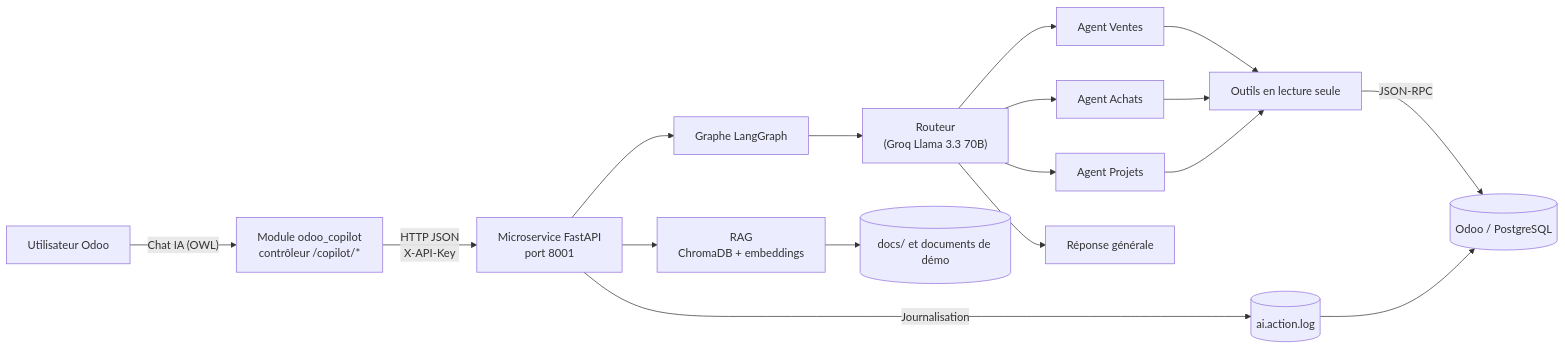
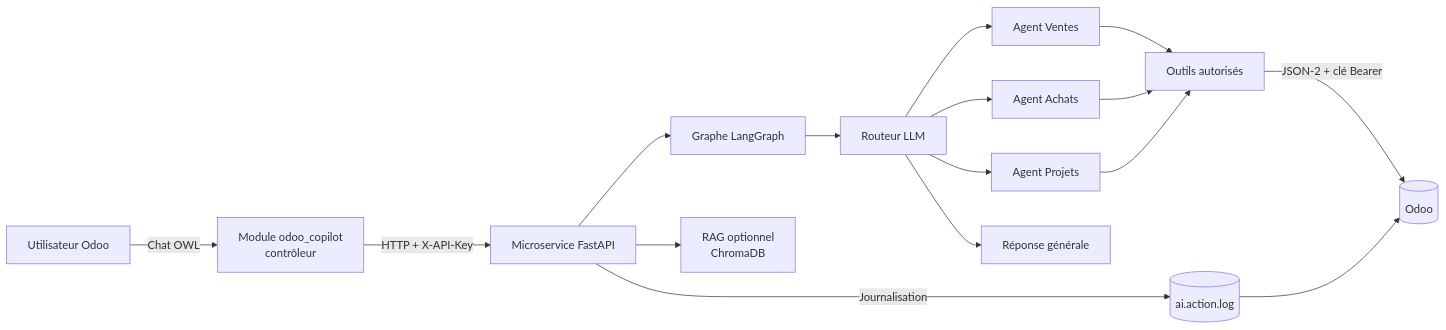
Before and after one commit to achraaflaamari/odoo_copilot: the first of 4 diagrams in docs/architecture.md, drawn with Mermaid. The commit also changed other lines of this file and 11 other files, not shown here.

````diff
--- a/docs/architecture.md
+++ b/docs/architecture.md
@@ -11,19 +9,18 @@
 ```mermaid
 flowchart LR
-    U["Utilisateur Odoo"] -->|"Chat IA (OWL)"| ODOO["Module odoo_copilot<br/>contrôleur /copilot/*"]
-    ODOO -->|"HTTP JSON<br/>X-API-Key"| API["Microservice FastAPI<br/>port 8001"]
+    U["Utilisateur Odoo"] -->|"Chat OWL"| ODOO["Module odoo_copilot<br/>contrôleur"]
+    ODOO -->|"HTTP + X-API-Key"| API["Microservice FastAPI"]
     API --> GRAPH["Graphe LangGraph"]
-    GRAPH --> ROUTER["Routeur<br/>(Groq Llama 3.3 70B)"]
+    GRAPH --> ROUTER["Routeur LLM"]
     ROUTER --> SALES["Agent Ventes"]
     ROUTER --> PURCHASE["Agent Achats"]
     ROUTER --> PROJECT["Agent Projets"]
     ROUTER --> GENERAL["Réponse générale"]
-    SALES --> TOOLS["Outils en lecture seule"]
+    SALES --> TOOLS["Outils autorisés"]
     PURCHASE --> TOOLS
     PROJECT --> TOOLS
-    TOOLS -->|"JSON-RPC"| ODOO_DB[("Odoo / PostgreSQL")]
-    API --> RAG["RAG<br/>ChromaDB + embeddings"]
-    RAG --> DOCS[("docs/ et documents de démo")]
+    TOOLS -->|"JSON-2 + clé Bearer"| ODOO_DB[("Odoo")]
+    API --> RAG["RAG optionnel<br/>ChromaDB"]
     API -->|"Journalisation"| LOG[("ai.action.log")]
     LOG --> ODOO_DB
 ```
````
